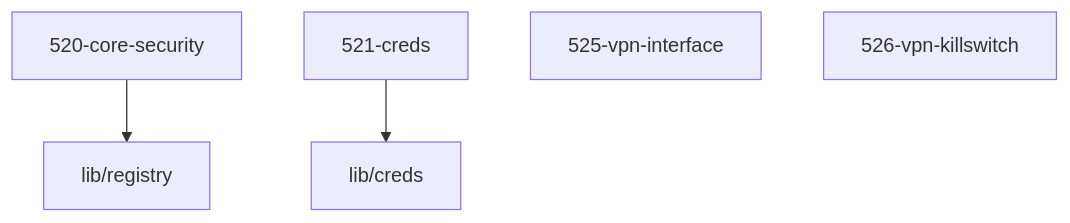
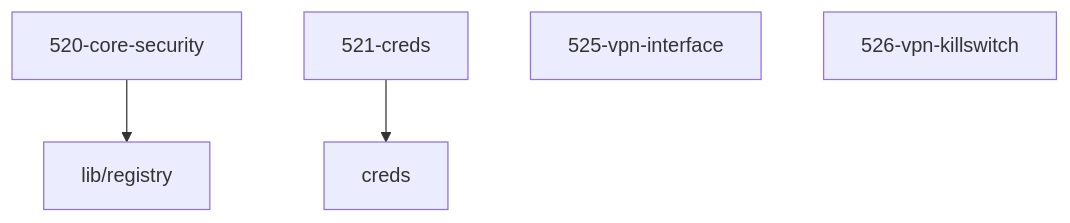
One commit to grapefruit89/mediNix-core changed the diagram in 52-security/AGENTS.md. Above: the diagram before and after it, drawn with Mermaid. The commit also changed other lines of this file and 29 other files, not shown here.

Commit message:
refactor(lib): relocate domain-specific helpers (ingress-access, creds, arr-settings) to domains

````diff
--- a/52-security/AGENTS.md
+++ b/52-security/AGENTS.md
@@ -29,7 +30,8 @@
 ```mermaid
 graph TD
   520_core_security["520-core-security"] --> registry["lib/registry"]
-  521_creds["521-creds"] --> creds["lib/creds"]
+  521_creds["521-creds"] --> creds["52-security/creds"]
   525_vpn_interface["525-vpn-interface"]
   526_vpn_killswitch["526-vpn-killswitch"]
+  creds["creds"]
 ```
````
